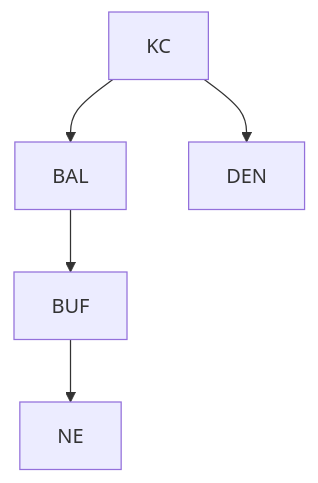
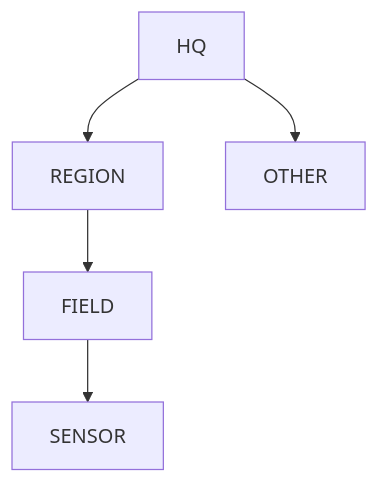
One commit to qgjones9/python-programming-guide changed the fourth of 6 diagrams in docs/dsa/data-structures/graphs/index.md. Above: the diagram before and after it, drawn with Mermaid. The commit also changed other lines of this file and 29 other files, not shown here.

````diff
--- a/docs/dsa/data-structures/graphs/index.md
+++ b/docs/dsa/data-structures/graphs/index.md
@@ -294,5 +291,5 @@
 ```mermaid
 flowchart TB
-  KC --> BAL --> BUF --> NE
-  KC --> DEN
+  HQ --> REGION --> FIELD --> SENSOR
+  HQ --> OTHER
 ```
````
